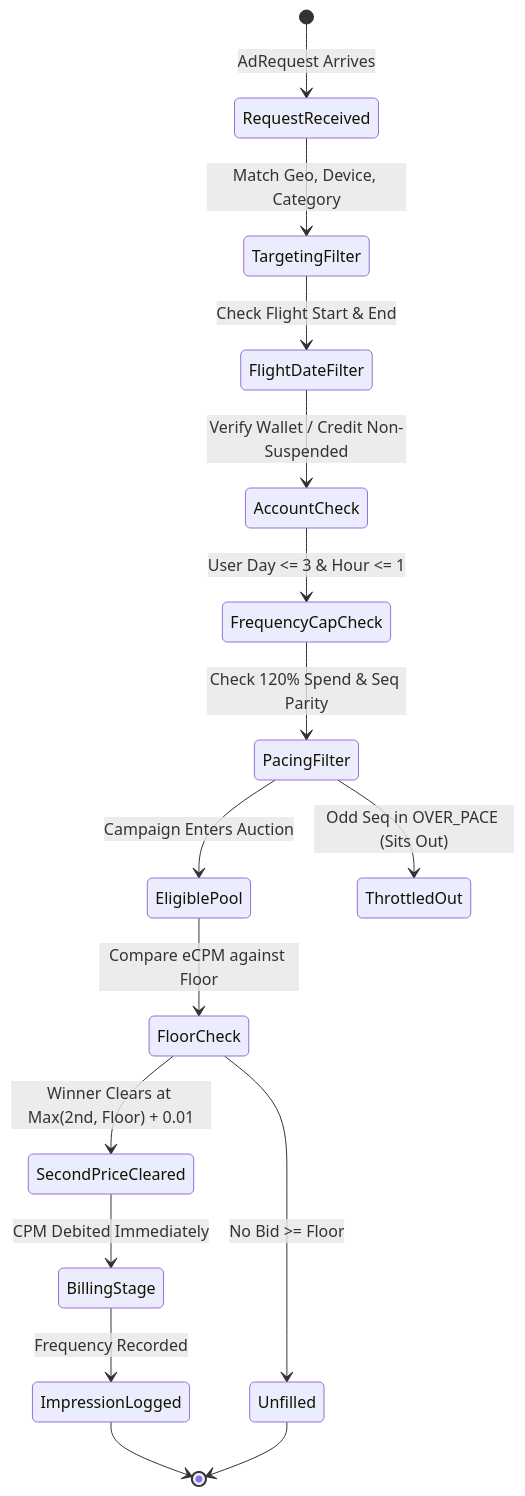
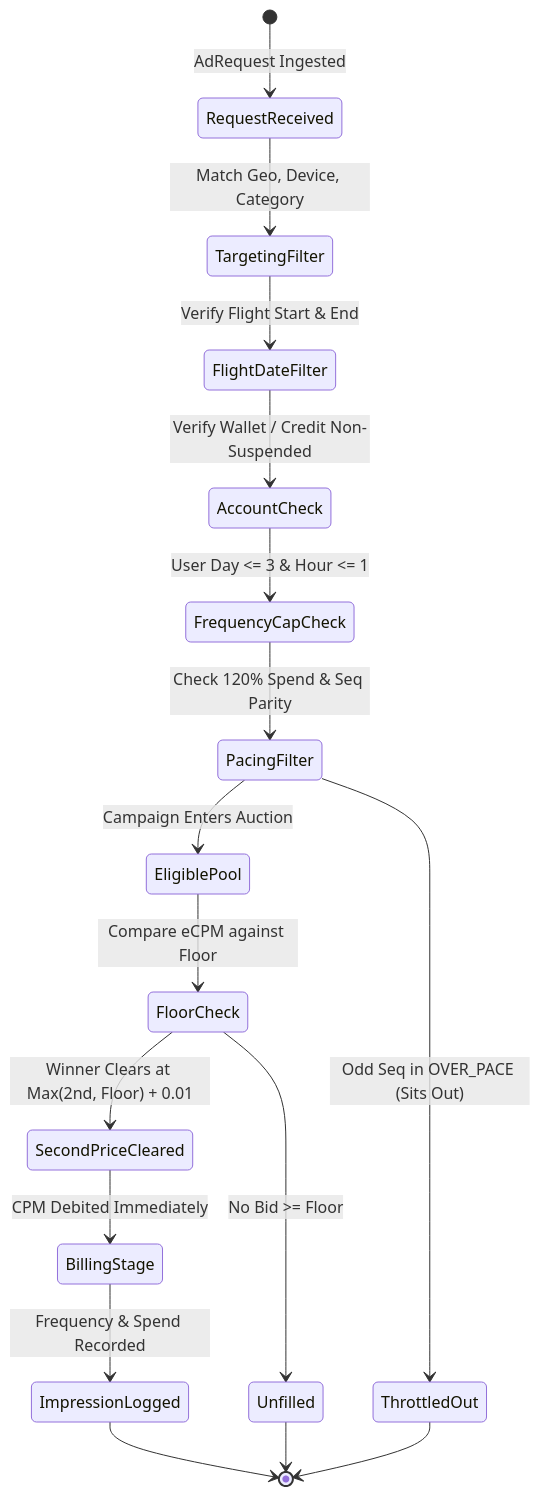
One commit to yashwanth06s/T049-PS-091- changed the third of 5 diagrams in docs/DESIGN_DOCUMENT.md. Above: the diagram before and after it, drawn with Mermaid. The commit also changed other lines of this file and 7 other files, not shown here.

````diff
--- a/docs/DESIGN_DOCUMENT.md
+++ b/docs/DESIGN_DOCUMENT.md
@@ -143,18 +194,19 @@
 ```mermaid
 stateDiagram-v2
-    [*] --> RequestReceived: AdRequest Arrives
+    [*] --> RequestReceived: AdRequest Ingested
     RequestReceived --> TargetingFilter: Match Geo, Device, Category
-    TargetingFilter --> FlightDateFilter: Check Flight Start & End
+    TargetingFilter --> FlightDateFilter: Verify Flight Start & End
     FlightDateFilter --> AccountCheck: Verify Wallet / Credit Non-Suspended
     AccountCheck --> FrequencyCapCheck: User Day <= 3 & Hour <= 1
     FrequencyCapCheck --> PacingFilter: Check 120% Spend & Seq Parity
     PacingFilter --> EligiblePool: Campaign Enters Auction
     PacingFilter --> ThrottledOut: Odd Seq in OVER_PACE (Sits Out)
     EligiblePool --> FloorCheck: Compare eCPM against Floor
     FloorCheck --> Unfilled: No Bid >= Floor
     FloorCheck --> SecondPriceCleared: Winner Clears at Max(2nd, Floor) + 0.01
     SecondPriceCleared --> BillingStage: CPM Debited Immediately
-    BillingStage --> ImpressionLogged: Frequency Recorded
+    BillingStage --> ImpressionLogged: Frequency & Spend Recorded
     ImpressionLogged --> [*]
     Unfilled --> [*]
+    ThrottledOut --> [*]
 ```
````
